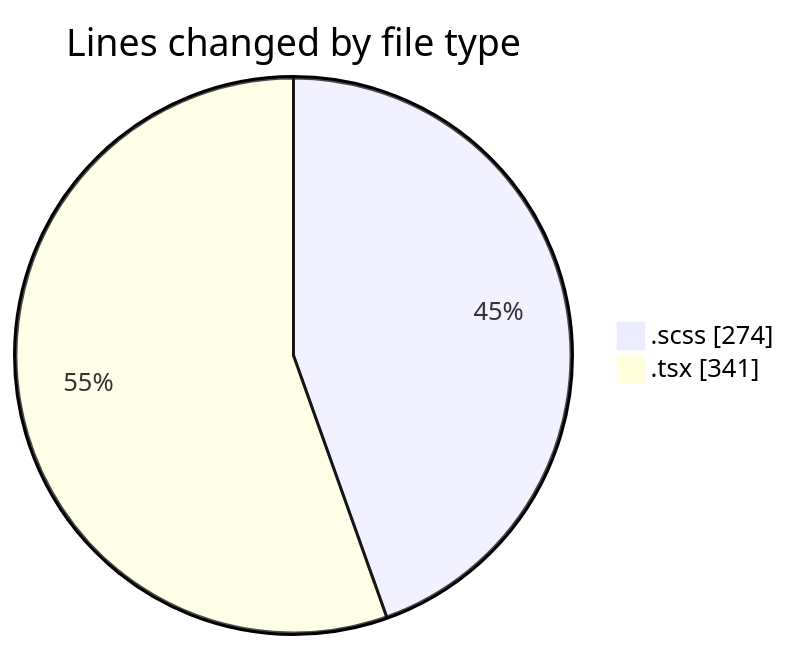
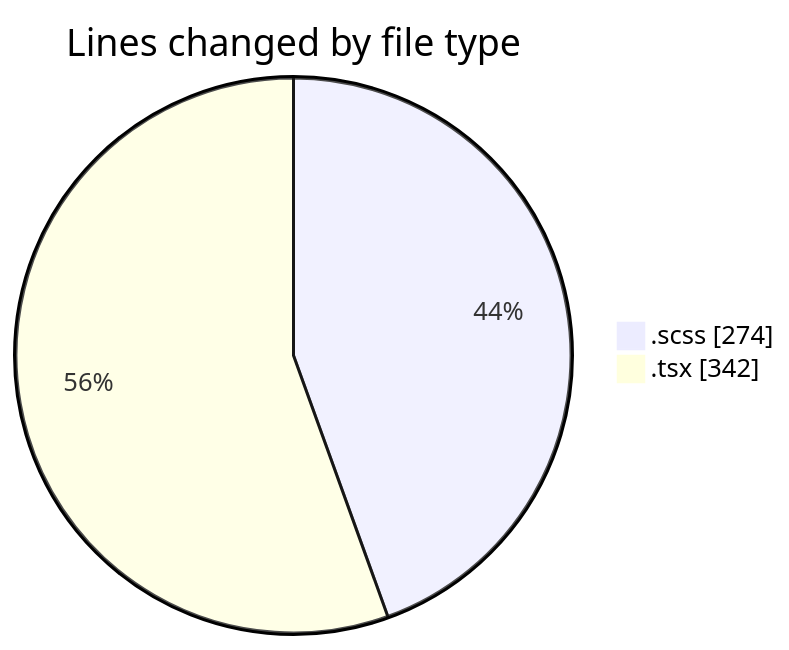
One commit to momahboobian/code-tracking changed the first of 2 diagrams in 2025-03-04/cda/README.md. Above: the diagram before and after it, drawn with Mermaid. The commit also changed other lines of this file and 1 other file, not shown here.

````diff
--- a/2025-03-04/cda/README.md
+++ b/2025-03-04/cda/README.md
@@ -24,6 +24,6 @@
 ```mermaid
 pie showData
 title Lines changed by file type
 ".scss" : 274
-".tsx" : 341
+".tsx" : 342
 ```
````
